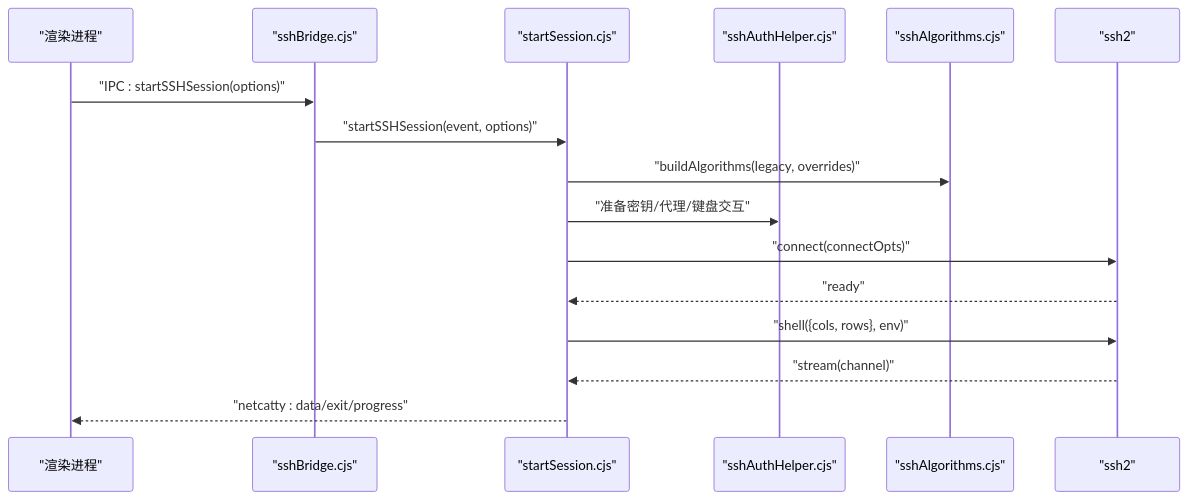
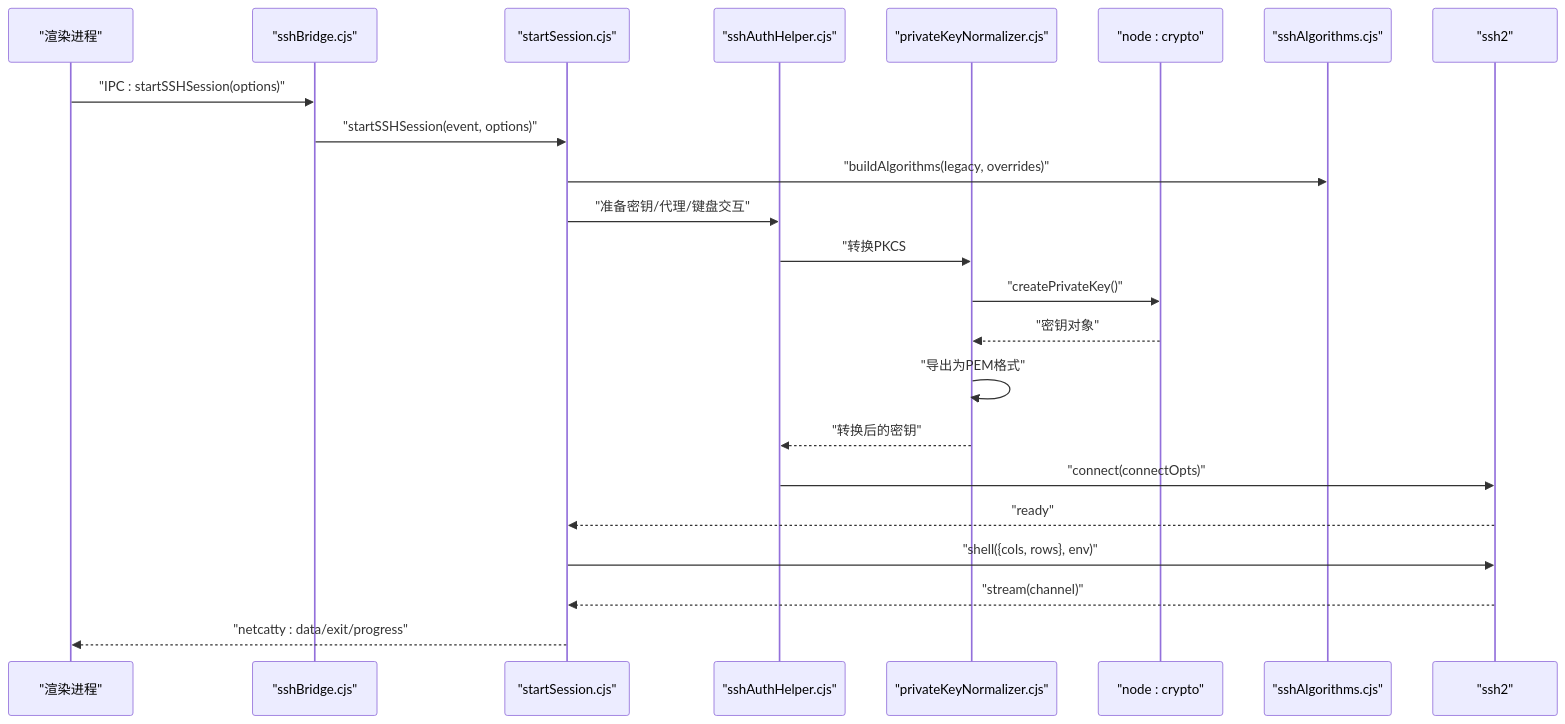
The second of 8 diagrams in .qoder/repowiki/zh/content/API参考/IPC桥接API/SSH桥接API.md (szeiyou/Netcatty), drawn with Mermaid before and after one commit. The commit also changed other lines of this file and 8 other files, not shown here.

````diff
--- a/.qoder/repowiki/zh/content/API参考/IPC桥接API/SSH桥接API.md
+++ b/.qoder/repowiki/zh/content/API参考/IPC桥接API/SSH桥接API.md
@@ -105,18 +127,25 @@
 ```mermaid
 sequenceDiagram
 participant Renderer as "渲染进程"
 participant Bridge as "sshBridge.cjs"
 participant Starter as "startSession.cjs"
 participant Auth as "sshAuthHelper.cjs"
+participant Normalizer as "privateKeyNormalizer.cjs"
+participant Crypto as "node : crypto"
 participant Algo as "sshAlgorithms.cjs"
 participant SSH2 as "ssh2"
 Renderer->>Bridge : "IPC : startSSHSession(options)"
 Bridge->>Starter : "startSSHSession(event, options)"
 Starter->>Algo : "buildAlgorithms(legacy, overrides)"
 Starter->>Auth : "准备密钥/代理/键盘交互"
-Starter->>SSH2 : "connect(connectOpts)"
+Auth->>Normalizer : "转换PKCS#8密钥"
+Normalizer->>Crypto : "createPrivateKey()"
+Crypto-->>Normalizer : "密钥对象"
+Normalizer->>Normalizer : "导出为PEM格式"
+Normalizer-->>Auth : "转换后的密钥"
+Auth->>SSH2 : "connect(connectOpts)"
 SSH2-->>Starter : "ready"
 Starter->>SSH2 : "shell({cols, rows}, env)"
 SSH2-->>Starter : "stream(channel)"
 Starter-->>Renderer : "netcatty : data/exit/progress"
 ```
````
